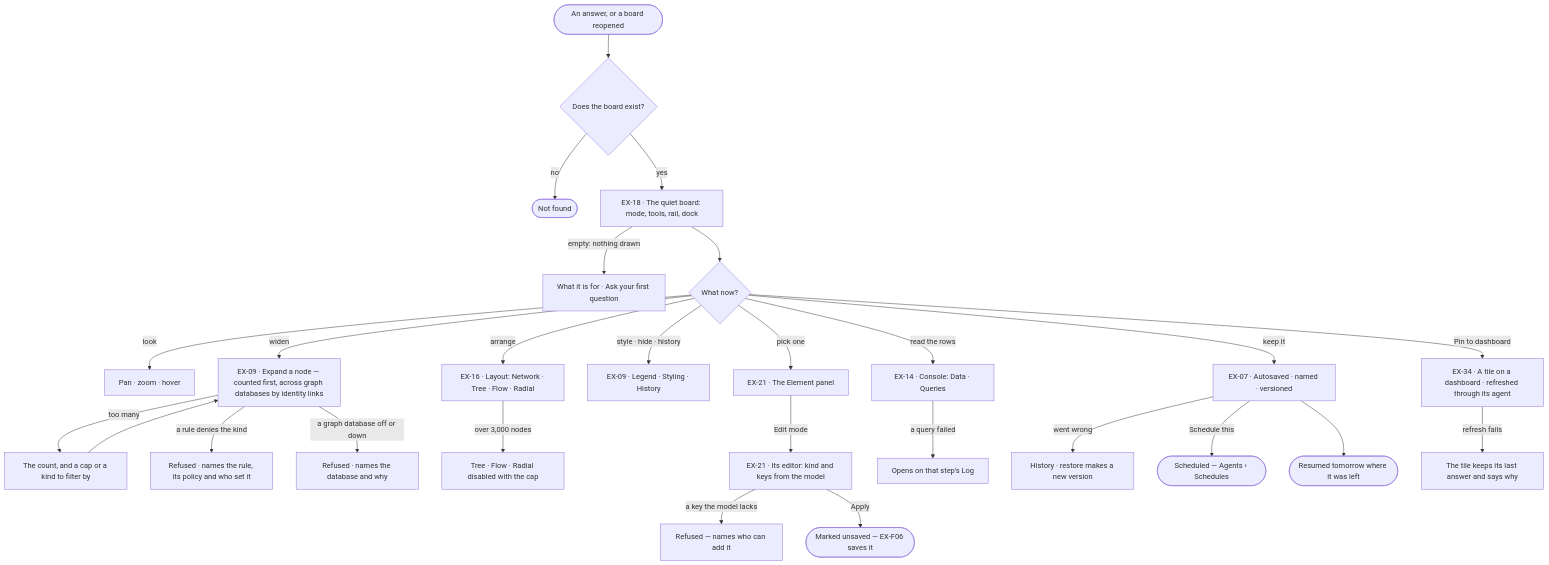
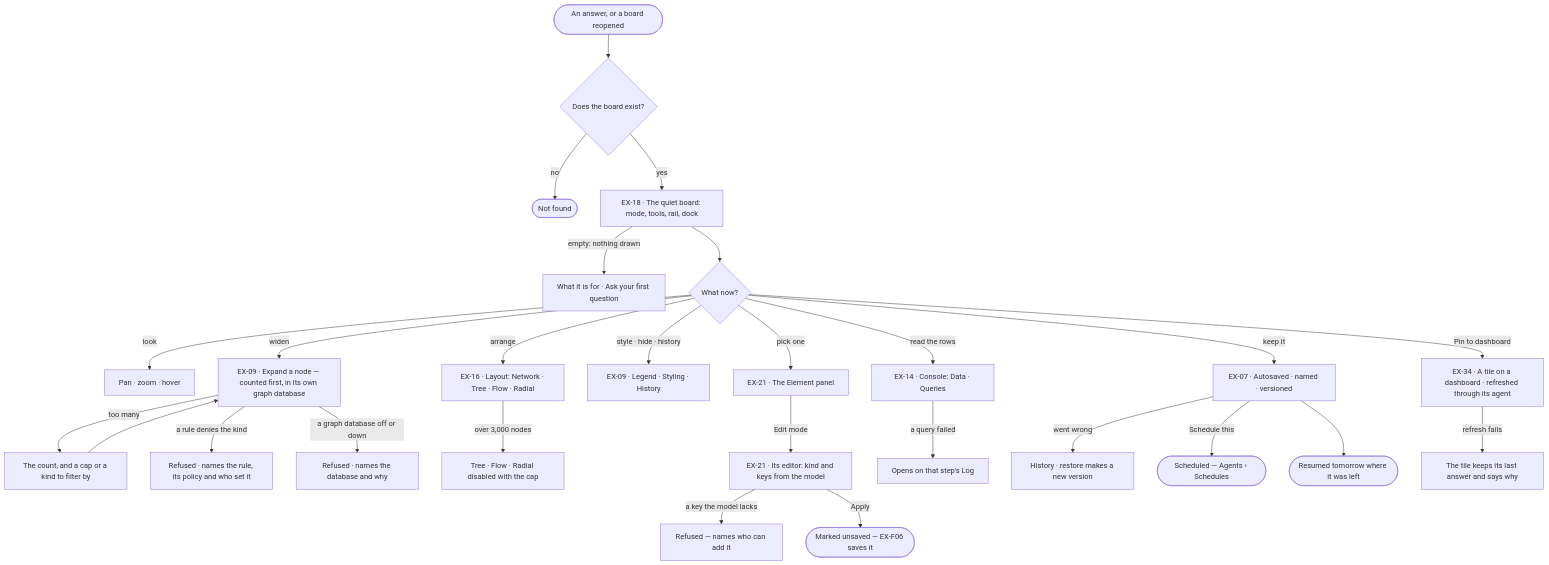
One commit to invana/invana changed the first of 2 diagrams in specs/capabilities/explore/features/EX-F01-the-board-and-its-canvas/feature.md. Above: the diagram before and after it, drawn with Mermaid. The commit also changed other lines of this file and 54 other files, not shown here.

First line of the commit message:
docs(specs): many graph databases by access, links within one database, Model views restored

````diff
--- a/specs/capabilities/explore/features/EX-F01-the-board-and-its-canvas/feature.md
+++ b/specs/capabilities/explore/features/EX-F01-the-board-and-its-canvas/feature.md
@@ -23,28 +23,28 @@
 ```mermaid
 flowchart TD
   start([An answer, or a board reopened]) --> own{"Does the board exist?"}
   own -->|no| nf(["Not found"])
   own -->|yes| b["EX-18 · The quiet board: mode, tools, rail, dock"]
   b -->|empty: nothing drawn| e0["What it is for · Ask your first question"]
   b --> d{What now?}
   d -->|look| look["Pan · zoom · hover"]
-  d -->|widen| ex["EX-09 · Expand a node — counted first, across graph databases by identity links"]
+  d -->|widen| ex["EX-09 · Expand a node — counted first, in its own graph database"]
   ex -->|too many| cap["The count, and a cap or a kind to filter by"] --> ex
   ex -->|a rule denies the kind| rf["Refused · names the rule, its policy and who set it"]
   ex -->|a graph database off or down| off["Refused · names the database and why"]
   d -->|arrange| lay["EX-16 · Layout: Network · Tree · Flow · Radial"]
   lay -->|over 3,000 nodes| big["Tree · Flow · Radial disabled with the cap"]
   d -->|style · hide · history| tools["EX-09 · Legend · Styling · History"]
   d -->|pick one| el["EX-21 · The Element panel"]
   el -->|Edit mode| edit["EX-21 · Its editor: kind and keys from the model"]
   edit -->|a key the model lacks| kr["Refused — names who can add it"]
   edit -->|Apply| unsaved(["Marked unsaved — EX-F06 saves it"])
   d -->|read the rows| con["EX-14 · Console: Data · Queries"]
   con -->|a query failed| log["Opens on that step's Log"]
   d -->|keep it| keep["EX-07 · Autosaved · named · versioned"]
   keep -->|went wrong| hist["History · restore makes a new version"]
   keep -->|Schedule this| sched(["Scheduled — Agents › Schedules"])
   keep --> done([Resumed tomorrow where it was left])
   d -->|Pin to dashboard| dash["EX-34 · A tile on a dashboard · refreshed through its agent"]
   dash -->|refresh fails| stale["The tile keeps its last answer and says why"]
 ```
````
